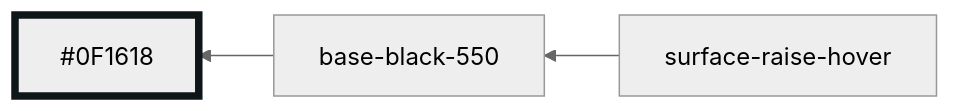
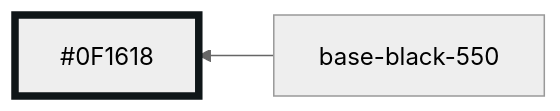
One commit to oxidecomputer/console changed diagram 28 of 30 in libs/ui/styles/themes/operator-mode.md. Above: the diagram before and after it, drawn with Mermaid (neutral theme). The commit also changed other lines of this file and 3 other files, not shown here.

````diff
--- a/libs/ui/styles/themes/operator-mode.md
+++ b/libs/ui/styles/themes/operator-mode.md
@@ -354,7 +354,6 @@
 ```mermaid
 graph RL
   base-black-550 --> #0F1618:::base-black-550
-  surface-raise-hover --> base-black-550
 
   classDef base-black-550 stroke-width:5,stroke:#0F1618
 ```
````
